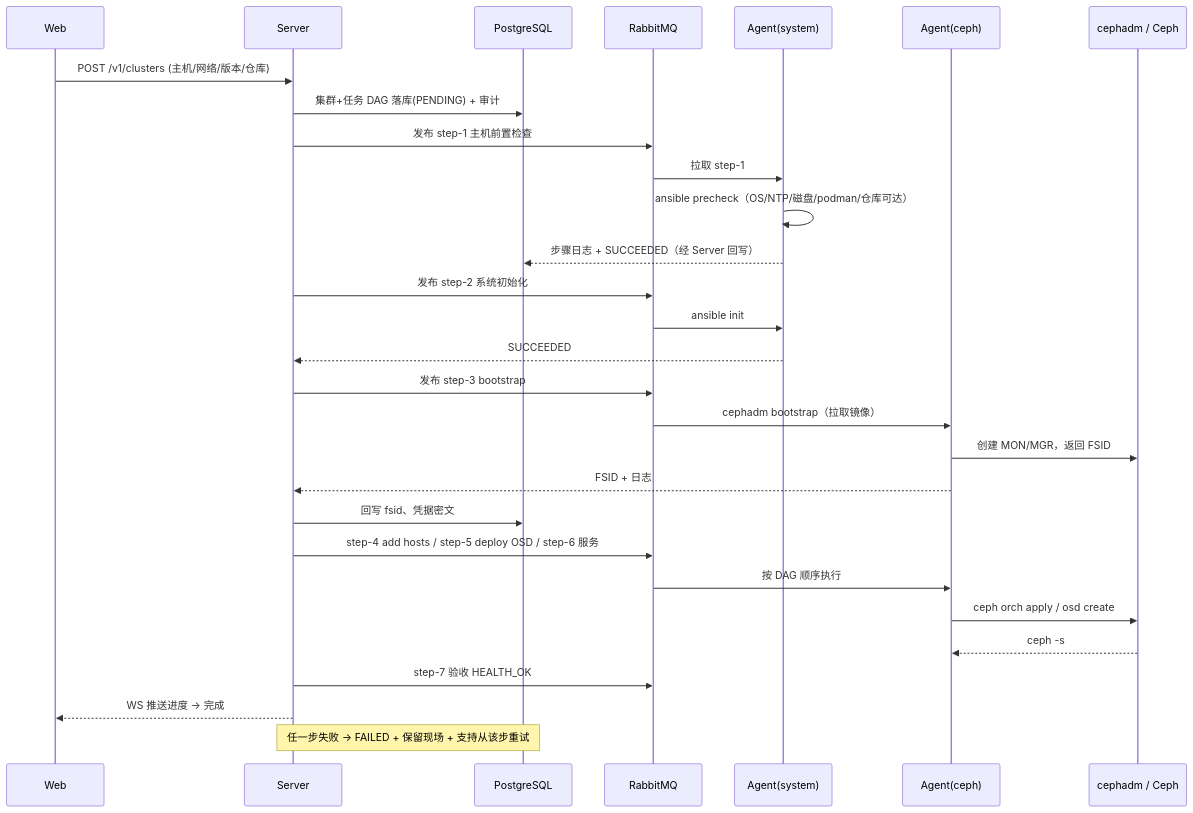
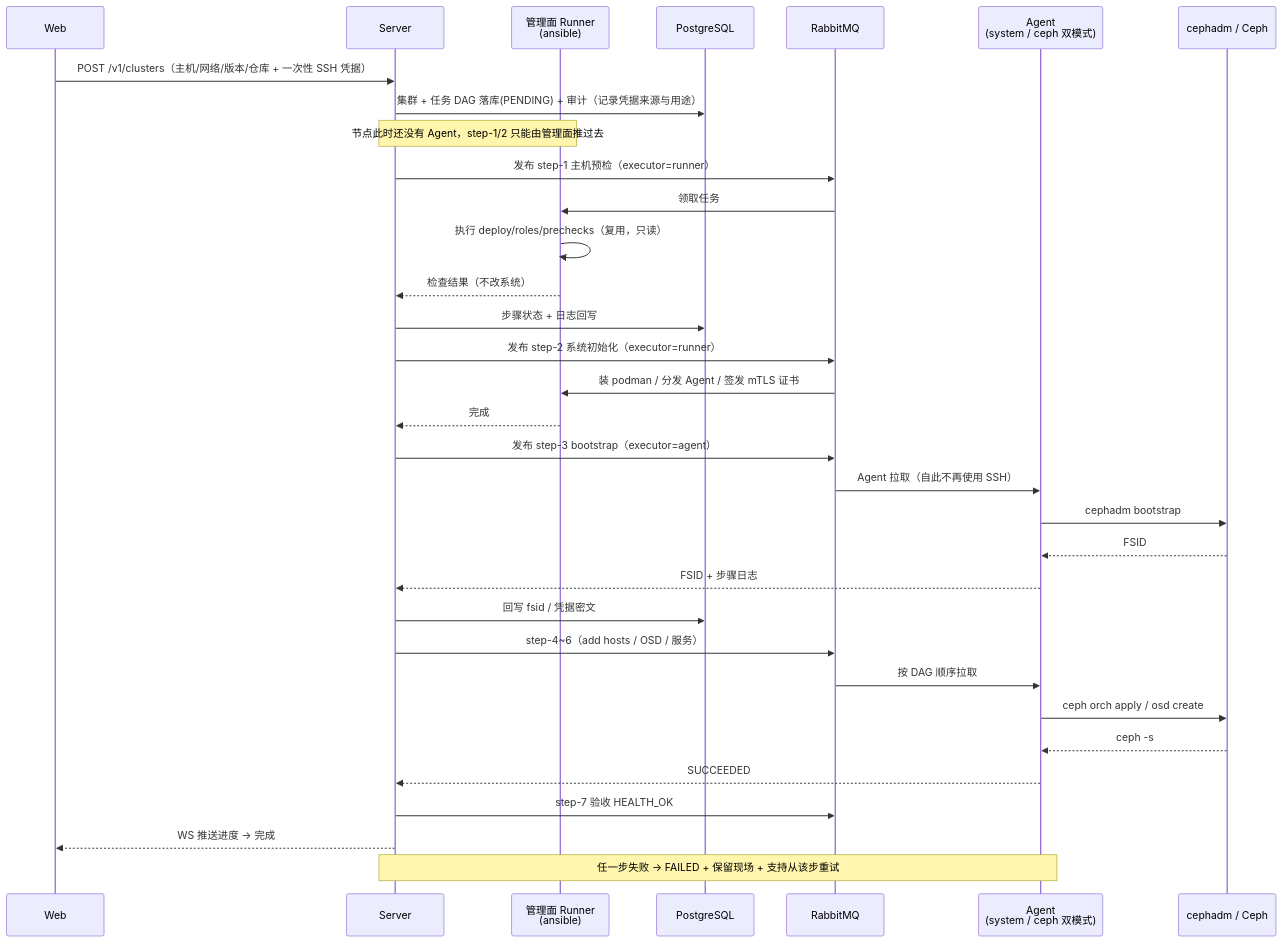
Before and after one commit to lnsyyj/winter: the second of 3 diagrams in docs/02-研发线/04-架构师/架构设计-Ceph管理平台.md, drawn with Mermaid. The commit also changed other lines of this file and 5 other files, not shown here.

First line of the commit message:
docs(arch): 修正 §5.1 时序图矛盾，定义任务执行者模型（ADR-23）

````diff
--- a/docs/02-研发线/04-架构师/架构设计-Ceph管理平台.md
+++ b/docs/02-研发线/04-架构师/架构设计-Ceph管理平台.md
@@ -171,31 +171,36 @@
 ```mermaid
 sequenceDiagram
     participant W as Web
     participant S as Server
+    participant R as 管理面 Runner<br/>(ansible)
     participant DB as PostgreSQL
     participant Q as RabbitMQ
-    participant A as Agent(system)
-    participant B as Agent(ceph)
+    participant A as Agent<br/>(system / ceph 双模式)
     participant C as cephadm / Ceph
-    W->>S: POST /v1/clusters (主机/网络/版本/仓库)
-    S->>DB: 集群+任务 DAG 落库(PENDING) + 审计
-    S->>Q: 发布 step-1 主机前置检查
-    Q->>A: 拉取 step-1
-    A->>A: ansible precheck（OS/NTP/磁盘/podman/仓库可达）
-    A-->>DB: 步骤日志 + SUCCEEDED（经 Server 回写）
-    S->>Q: 发布 step-2 系统初始化
-    Q->>A: ansible init
+
+    W->>S: POST /v1/clusters（主机/网络/版本/仓库 + 一次性 SSH 凭据）
+    S->>DB: 集群 + 任务 DAG 落库(PENDING) + 审计（记录凭据来源与用途）
+    Note over S,R: 节点此时还没有 Agent，step-1/2 只能由管理面推过去
+    S->>Q: 发布 step-1 主机预检（executor=runner）
+    Q->>R: 领取任务
+    R->>R: 执行 deploy/roles/prechecks（复用，只读）
+    R-->>S: 检查结果（不改系统）
+    S->>DB: 步骤状态 + 日志回写
+    S->>Q: 发布 step-2 系统初始化（executor=runner）
+    Q->>R: 装 podman / 分发 Agent / 签发 mTLS 证书
+    R-->>S: 完成
+    S->>Q: 发布 step-3 bootstrap（executor=agent）
+    Q->>A: Agent 拉取（自此不再使用 SSH）
+    A->>C: cephadm bootstrap
+    C-->>A: FSID
+    A-->>S: FSID + 步骤日志
+    S->>DB: 回写 fsid / 凭据密文
+    S->>Q: step-4~6（add hosts / OSD / 服务）
+    Q->>A: 按 DAG 顺序拉取
+    A->>C: ceph orch apply / osd create
+    C-->>A: ceph -s
     A-->>S: SUCCEEDED
-    S->>Q: 发布 step-3 bootstrap
-    Q->>B: cephadm bootstrap（拉取镜像）
-    B->>C: 创建 MON/MGR，返回 FSID
-    B-->>S: FSID + 日志
-    S->>DB: 回写 fsid、凭据密文
-    S->>Q: step-4 add hosts / step-5 deploy OSD / step-6 服务
-    Q->>B: 按 DAG 顺序执行
-    B->>C: ceph orch apply / osd create
-    C-->>B: ceph -s
     S->>Q: step-7 验收 HEALTH_OK
     S-->>W: WS 推送进度 → 完成
-    Note over S,DB: 任一步失败 → FAILED + 保留现场 + 支持从该步重试
+    Note over S,A: 任一步失败 → FAILED + 保留现场 + 支持从该步重试
 ```
````
